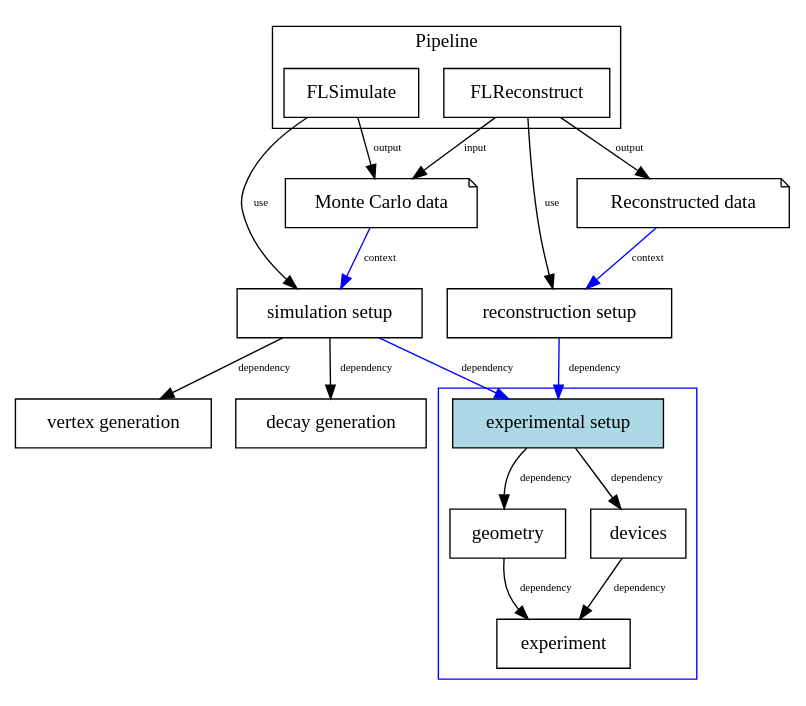
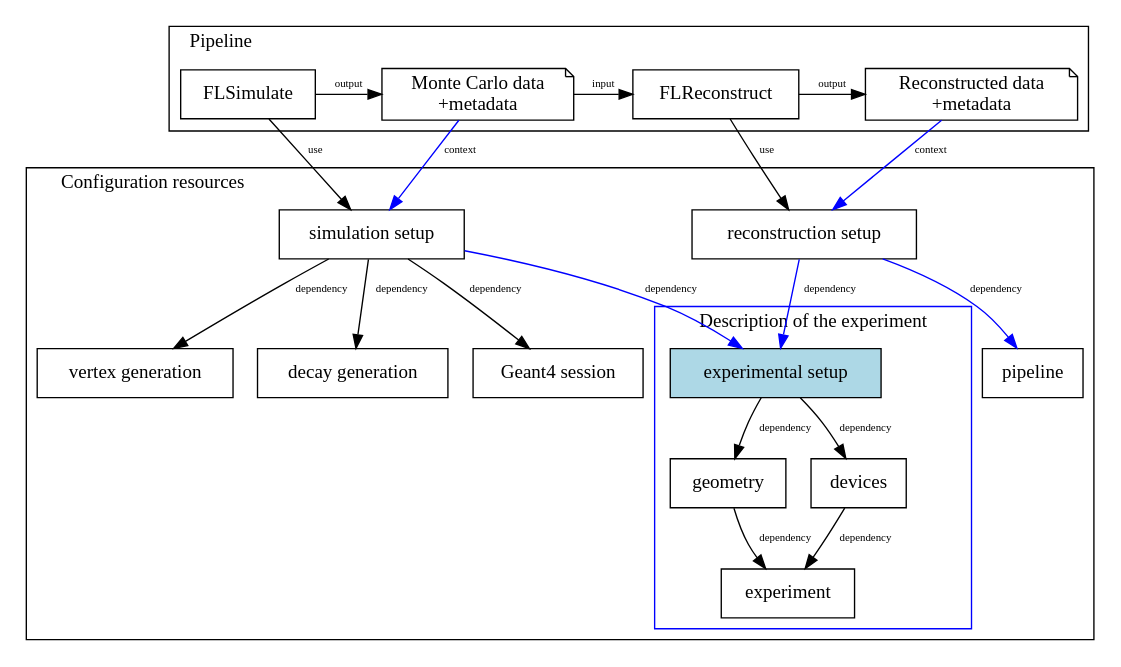
The diagram in documentation/fltags/images/fltags_confres-1.dot (SuperNEMO-DBD-France/Falaise), drawn with Graphviz before and after one commit. The commit also changed 3 other files, not shown here.

```diff
--- a/documentation/fltags/images/fltags_confres-1.dot
+++ b/documentation/fltags/images/fltags_confres-1.dot
@@ -1,48 +1,73 @@
 digraph FLTagsConfRes1 {
 	node [shape=box]
-	subgraph cluster_expsetup {
-		color="blue";
+	subgraph cluster_confres {
+		label="Configuration resources"
+		fontname="bold";
+		labeljust="left";
+		subgraph cluster_expsetup {
+			label="Description of the experiment";
+			labeljust="left";
+			fontname="bold";
+			color="blue";
+			tag00 [label="experiment"];
+			tag0 [label="geometry"];
+			tag1 [label="devices"];
+			tag2 [label="experimental setup";
+			      style="filled";
+			      fillcolor="lightblue"];
+			// Edges:
+			tag0 -> tag00 [label=" dependency ", fontsize=8];
+			tag1 -> tag00 [label=" dependency ", fontsize=8];
+			tag2 -> tag0 [label=" dependency ", fontsize=8];
+			tag2 -> tag1 [label=" dependency ", fontsize=8];
+		}
 
-		tag00 [label="experiment"];
-		tag0 [label="geometry"];
-		tag1 [label="devices"];
-		tag2 [label="experimental setup",
-		      style="filled",
-		      fillcolor="lightblue"];
+		tag3 [label="vertex generation"];
+		tag4 [label="decay generation"];
+		tag7 [label="Geant4 session"];
+		tag5 [label="simulation setup"];
+		tag50 [label="reconstruction setup"];
+		tag60 [label="pipeline"];
+		// Edges:
+		tag5 -> tag2 [label=" dependency ", fontsize=8, color="blue"];
+		tag5 -> tag3 [label=" dependency ", fontsize=8];
+		tag5 -> tag4 [label=" dependency ", fontsize=8];
+		tag5 -> tag7 [label=" dependency ", fontsize=8];
+		tag50 -> tag2 [label=" dependency ", fontsize=8, color="blue"];
+		tag50 -> tag60 [label=" dependency ", fontsize=8, color="blue"];
 	}
 
-	tag3 [label="vertex generation"];
-	tag4 [label="decay generation"];
-
-	#{ rank=same, tag2, tag3, tag4 }
-	tag5 [label="simulation setup"];
-	tag50 [label="reconstruction setup"];
-	#{ rank=same, tag5, tag50 }
-	tag100 [shape="note", label="Monte Carlo data"];
-	tag101 [shape="note", label="Reconstructed data"];
-	#{ rank=same, tag6, tag16 }
 	subgraph cluster_pipeline {
+		rankdir="LR";
 		label="Pipeline";
+		labeljust="left";
+		fontname="bold";
 		tag6 [label="FLSimulate"];
+		// subgraph cluster_simdata {
+		// 	label="Simulation output";
+		// 	labeljust="left";
+		// 	fontname="bold";
+			tag100 [shape="note", label="Monte Carlo data\n+metadata"];
+		// 	tag200 [shape="note", label="Monte Carlo metadata"];
+		// 	tag100 -> tag200 [label=" context ", fontsize=8];
+		// }
 		tag16 [label="FLReconstruct"];
-        }
-	#{ rank=same, tag100, tag101 }
-
-	tag0 -> tag00 [label=" dependency ", fontsize=8];
-	tag1 -> tag00 [label=" dependency ", fontsize=8];
-	tag2 -> tag0 [label=" dependency ", fontsize=8];
-	tag2 -> tag1 [label=" dependency ", fontsize=8];
-	tag5 -> tag2 [label=" dependency ", fontsize=8, color="blue"];
-	tag5 -> tag3 [label=" dependency ", fontsize=8];
-	tag5 -> tag4 [label=" dependency ", fontsize=8];
+		// subgraph cluster_simdata {
+		// 	label="Reconstruction output";
+		// 	labeljust="left";
+		// 	fontname="bold";
+			tag101 [shape="note", label="Reconstructed data\n+metadata"];
+		// 	tag201 [shape="note", label="Reconstructed metadata"];
+		// 	tag101 -> tag201 [label=" context ", fontsize=8];
+		// }
+		{rank="same"; tag6, tag100, tag16, tag101 }
+		// Edges:
+		tag6 -> tag100 [label=" output ", fontsize=8];
+		tag100 -> tag16 [label=" input ", fontsize=8];
+		tag16 -> tag101 [label=" output ", fontsize=8];
+	}
 	tag6 -> tag5 [label=" use ", fontsize=8];
 	tag16 -> tag50 [label=" use ", fontsize=8];
-	tag50 -> tag2 [label=" dependency ", fontsize=8, color="blue"];
-
-	tag6 -> tag100 [label=" output ", fontsize=8];
 	tag100 -> tag5 [label=" context ", fontsize=8, color="blue"];
-
-	tag16 -> tag100 [label=" input ", fontsize=8];
-	tag16 -> tag101 [label=" output ", fontsize=8];
 	tag101 -> tag50 [label=" context ", fontsize=8, color="blue"];
 }
```
